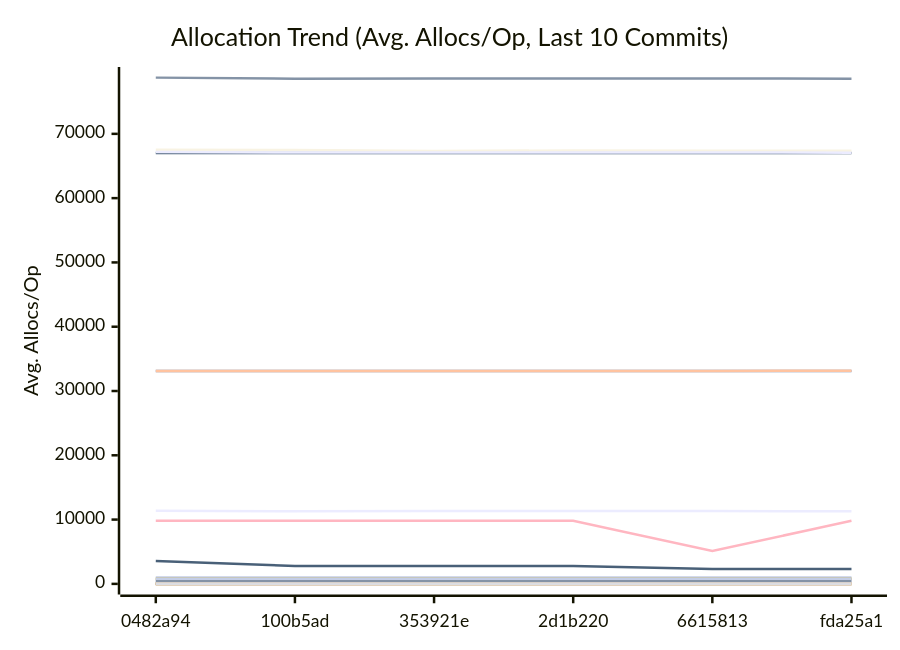
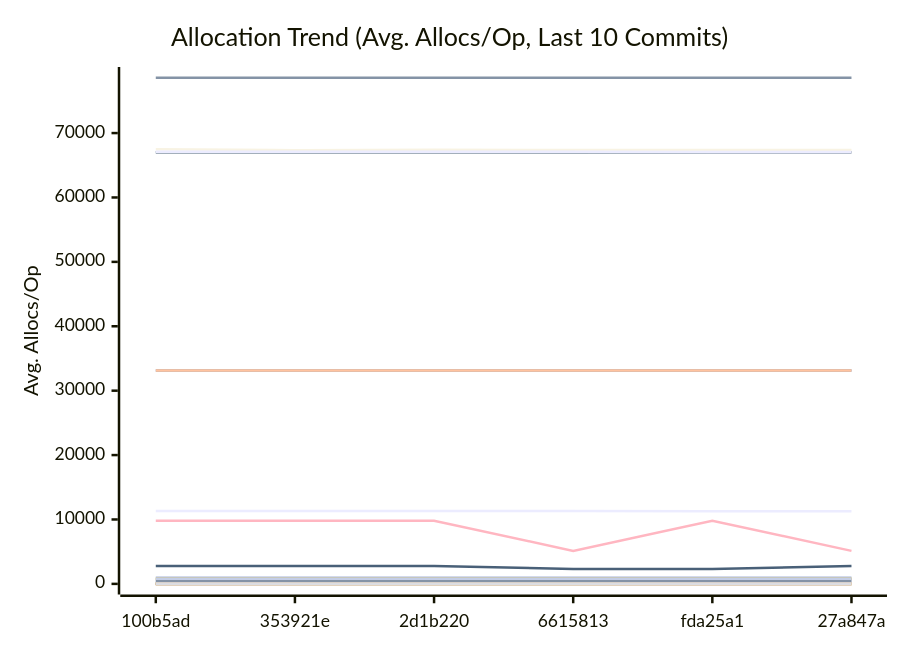
One commit to alsotoes/momo changed the third of 3 diagrams in docs/PERFORMANCE.md. Above: the diagram before and after it, drawn with Mermaid. The commit also changed other lines of this file and 4 other files, not shown here.

````diff
--- a/docs/PERFORMANCE.md
+++ b/docs/PERFORMANCE.md
@@ -358,44 +360,44 @@
 ```mermaid
 xychart-beta
     title "Allocation Trend (Avg. Allocs/Op, Last 10 Commits)"
     x-axis "Commit"
     y-axis "Avg. Allocs/Op"
-    x-axis [0482a94,100b5ad,353921e,2d1b220,6615813,fda25a1]
-    line "AWSChunkedReaderSigned" [11367,11304,11317,11324,11331,11296,11287,11338,11329,11352]
-    line "AWSChunkedReaderUnsigned" [78745,78578,78592,78605,78609,78579,78582,78651,78603,78618]
+    x-axis [100b5ad,353921e,2d1b220,6615813,fda25a1,27a847a]
+    line "AWSChunkedReaderSigned" [11304,11317,11324,11331,11296,11287,11338,11329,11352,11316]
+    line "AWSChunkedReaderUnsigned" [78578,78592,78605,78609,78579,78582,78651,78603,78618,78588]
     line "CheckMetricsAndSwap" [0,0,0,0,0,0,0,0,0,0]
     line "CrushOptimized" [0,0,0,0,0,0,0,0,0,0]
     line "CrushOriginal" [3,3,3,3,3,3,3,3,3,3]
     line "FormatListObjectsV2XML_AppendFormat" [16,16,16,16,16,16,16,16,16,16]
     line "FormatListObjectsV2XML_OldFormat" [1000,1000,1000,1000,1000,1000,1000,1000,1000,1000]
     line "HashBytes/1MiB" [64,64,64,64,64,64,64,64,64,64]
     line "HashBytes/256MiB" [64,64,64,64,64,64,64,64,64,64]
     line "HashBytes/64MiB" [64,64,64,64,64,64,64,64,64,64]
     line "HashFile/1MiB" [33128,33128,33128,33128,33128,33128,33128,33128,33128,33128]
     line "HashFile/256MiB" [33128,33128,33128,33128,33128,33128,33128,33128,33128,33128]
-    line "HashFile/64MiB" [33128,33128,33128,33128,33128,33137,33128,33128,33128,33128]
+    line "HashFile/64MiB" [33128,33128,33128,33128,33137,33128,33128,33128,33128,33128]
     line "IndexDirectTracking" [0,0,0,0,0,0,0,0,0,0]
     line "IndexSearch" [0,0,0,0,0,0,0,0,0,0]
     line "LastModifiedHeader_AppendFormat" [0,0,0,0,0,0,0,0,0,0]
-    line "LastModifiedHeader_Format" [0,0,0,0,0,0,0,0,1,1]
+    line "LastModifiedHeader_Format" [0,0,0,0,0,0,0,1,1,1]
     line "LoadGlobalConfig" [58,58,58,58,58,58,58,58,58,58]
-    line "LocalWrite/1MiB" [67037,67034,67030,67036,67036,67029,67028,67031,67030,67036]
-    line "LocalWrite/256MiB" [67518,67492,67349,67409,67379,67372,67383,67413,67386,67552]
-    line "LocalWrite/64MiB" [67157,67097,67104,67086,67092,67077,67052,67096,67102,67105]
+    line "LocalWrite/1MiB" [67034,67030,67036,67036,67029,67028,67031,67030,67036,67032]
+    line "LocalWrite/256MiB" [67492,67349,67409,67379,67372,67383,67413,67386,67552,67369]
+    line "LocalWrite/64MiB" [67097,67104,67086,67092,67077,67052,67096,67102,67105,67107]
     line "PadString" [1,1,1,1,1,1,1,1,1,1]
     line "ParseReplicationOrder_NoPrealloc" [6,6,6,6,6,5,5,5,5,5]
     line "ParseReplicationOrder_Prealloc" [2,2,2,2,2,1,1,1,1,1]
     line "Placement" [6,6,6,6,6,6,6,6,6,6]
     line "PlacementDomainSpread" [6,6,6,6,6,6,6,6,6,6]
-    line "ReadVerify/1MiB" [483,437,469,466,470,460,462,473,468,479]
-    line "ReadVerify/256MiB" [9808,9808,9808,9808,5120,9808,5120,9808,9808,9808]
-    line "ReadVerify/64MiB" [3557,2776,2776,2776,2307,2307,2776,2776,2776,3557]
-    line "S3PutSpool/1MiB" [448,447,447,448,447,447,447,447,447,447]
+    line "ReadVerify/1MiB" [437,469,466,470,460,462,473,468,479,467]
+    line "ReadVerify/256MiB" [9808,9808,9808,5120,9808,5120,9808,9808,9808,9808]
+    line "ReadVerify/64MiB" [2776,2776,2776,2307,2307,2776,2776,2776,3557,3557]
+    line "S3PutSpool/1MiB" [447,447,448,447,447,447,447,447,447,447]
     line "S3PutSpool/256MiB" [448,448,448,448,448,448,448,448,448,448]
     line "S3PutSpool/64MiB" [448,448,448,448,448,448,448,448,448,448]
     line "SanitizeLog/Safe" [0,0,0,0,0,0,0,0,0,0]
     line "SanitizeLog/Unsafe" [1,1,1,1,1,1,1,1,1,1]
-    line "TrustedRead/1MiB" [800,800,800,800,800,800,800,839,840,800]
+    line "TrustedRead/1MiB" [800,800,800,800,800,800,839,840,800,834]
     line "TrustedRead/256MiB" [800,800,800,800,800,800,800,800,800,800]
     line "TrustedRead/64MiB" [800,800,800,800,800,800,800,800,800,800]
 ```
````
